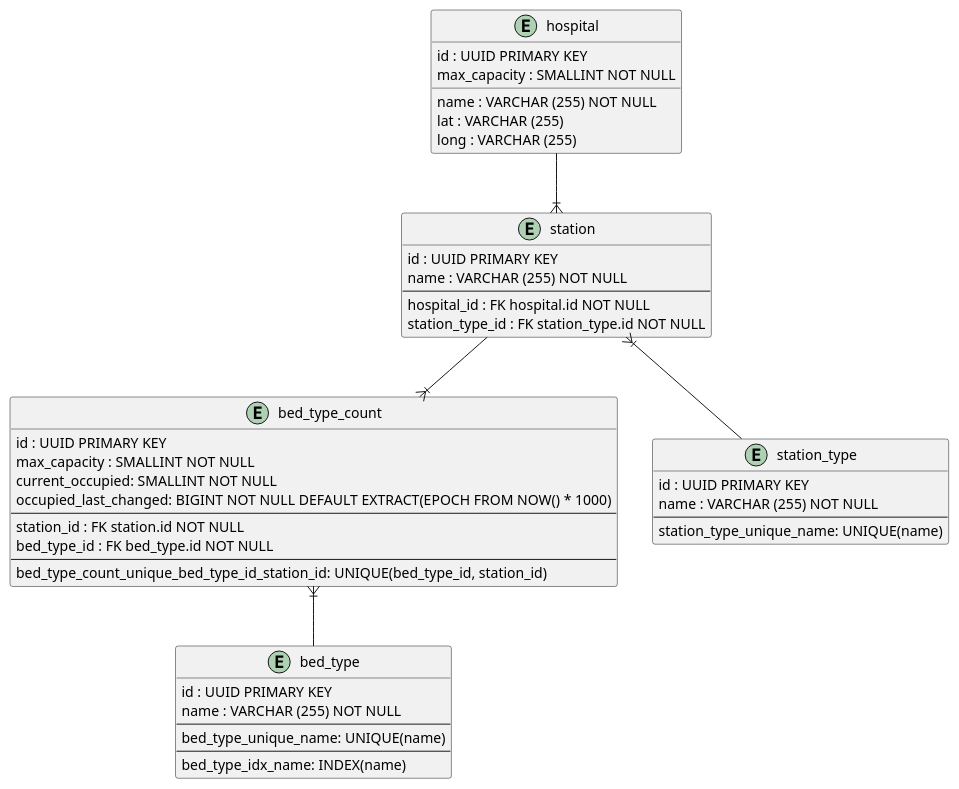
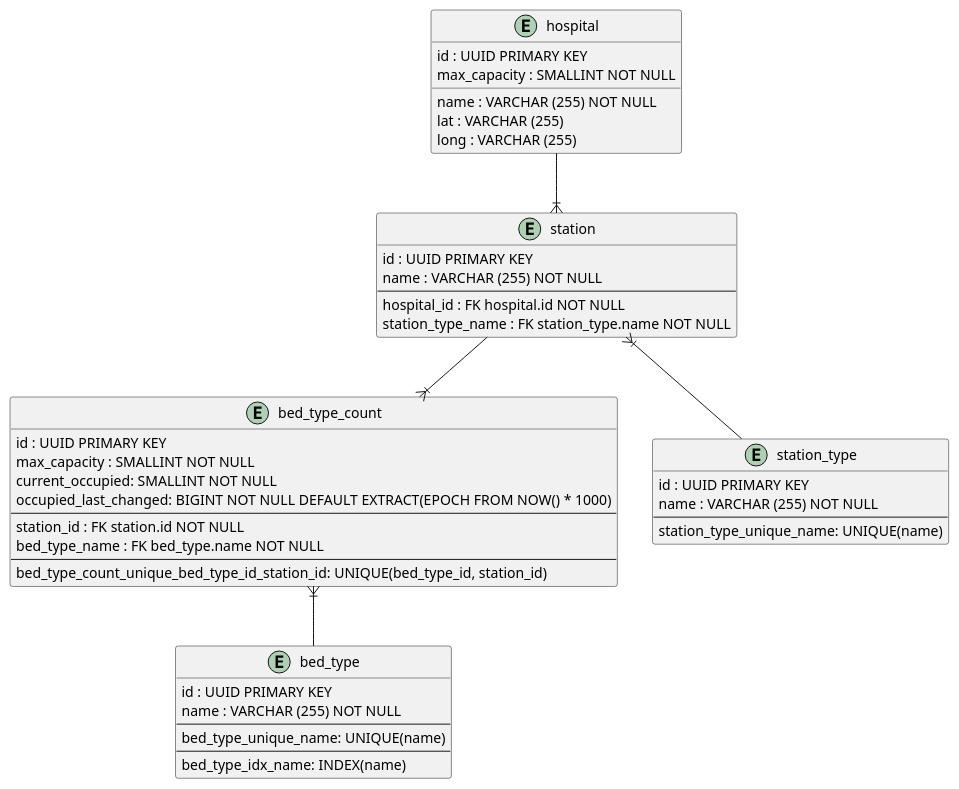
The diagram in datamodel/simple/datamodel.puml (track-your-bed/track-your-bed-doc), drawn with PlantUML before and after one commit. The commit also changed 6 other files, not shown here.

```diff
--- a/datamodel/simple/datamodel.puml
+++ b/datamodel/simple/datamodel.puml
@@ -1,50 +1,50 @@
 @startuml
 entity hospital {
     id : UUID PRIMARY KEY
     name : VARCHAR (255) NOT NULL
     max_capacity : SMALLINT NOT NULL
     lat : VARCHAR (255)
     long : VARCHAR (255)
 }
 
 entity station {
     id : UUID PRIMARY KEY
     name : VARCHAR (255) NOT NULL
     --
     hospital_id : FK hospital.id NOT NULL
-    station_type_id : FK station_type.id NOT NULL
+    station_type_name : FK station_type.name NOT NULL
 }
 
 entity bed_type_count {
     id : UUID PRIMARY KEY
     max_capacity : SMALLINT NOT NULL
     current_occupied: SMALLINT NOT NULL
     occupied_last_changed: BIGINT NOT NULL DEFAULT EXTRACT(EPOCH FROM NOW() * 1000)
     --
     station_id : FK station.id NOT NULL
-    bed_type_id : FK bed_type.id NOT NULL
+    bed_type_name : FK bed_type.name NOT NULL
     --
     bed_type_count_unique_bed_type_id_station_id: UNIQUE(bed_type_id, station_id)
 }
 
 entity bed_type {
     id : UUID PRIMARY KEY
     name : VARCHAR (255) NOT NULL
     --
     bed_type_unique_name: UNIQUE(name)
     --
     bed_type_idx_name: INDEX(name)
 }
 
 entity station_type {
     id : UUID PRIMARY KEY
     name : VARCHAR (255) NOT NULL
     --
     station_type_unique_name: UNIQUE(name)
 }
 
 hospital --|{ station
 station }|-- station_type
 station --|{ bed_type_count
 bed_type_count }|-- bed_type
 @enduml
```
